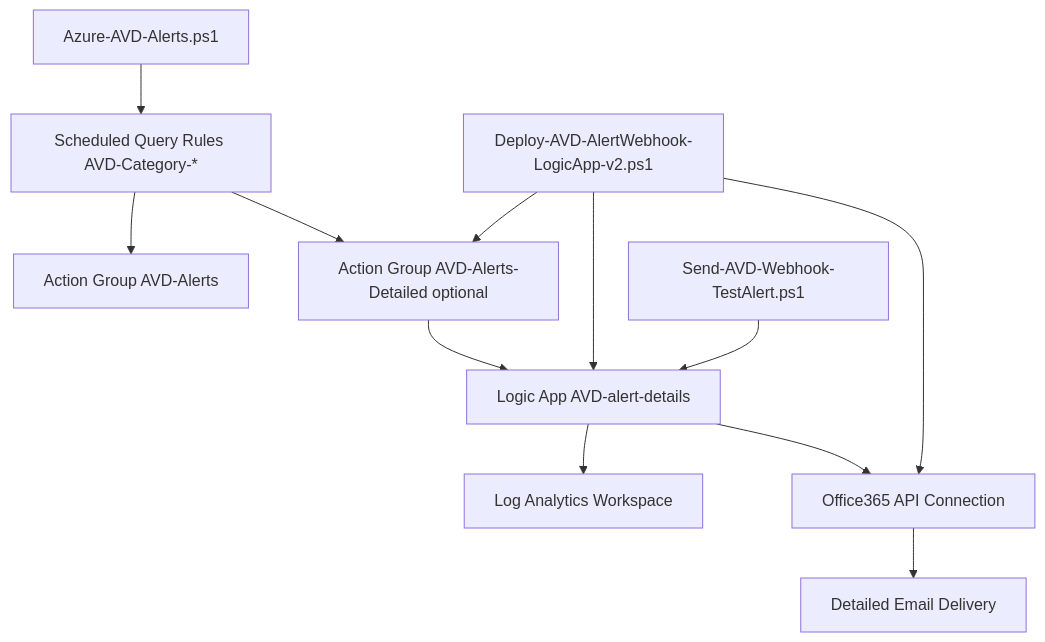
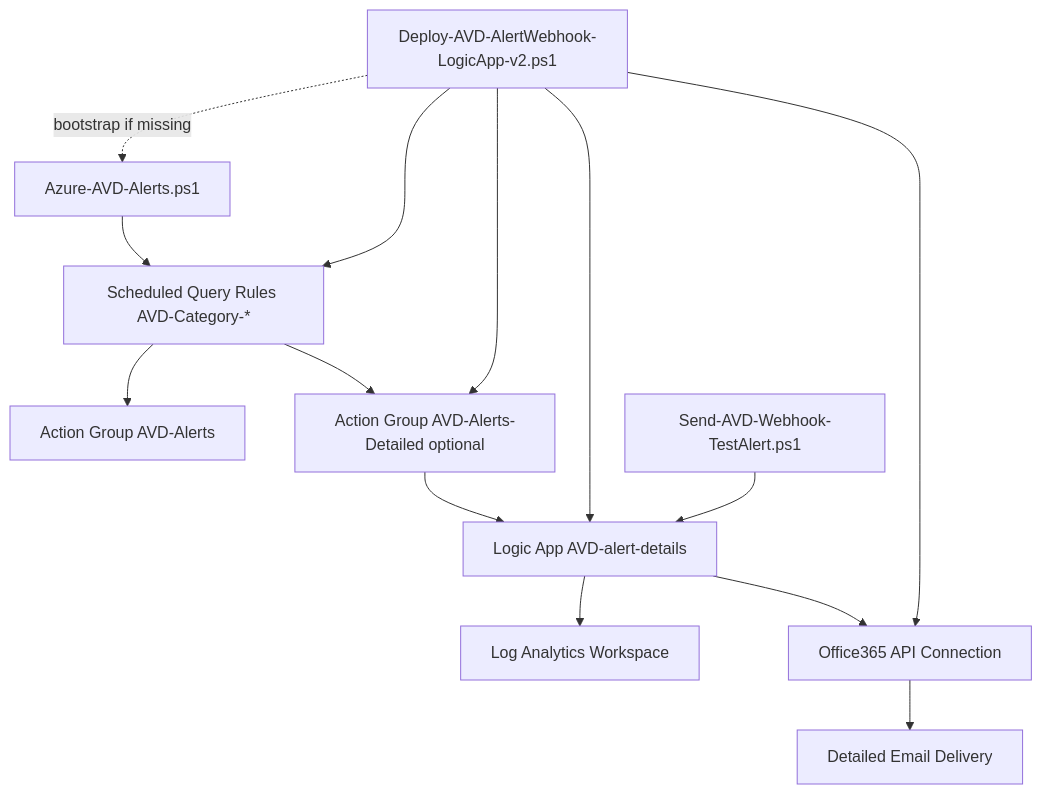
The first of 2 diagrams in AVD-Alerts/README.md (AzaryaShaulov/AVD), drawn with Mermaid before and after one commit. The commit also changed other lines of this file and 4 other files, not shown here.

````diff
--- a/AVD-Alerts/README.md
+++ b/AVD-Alerts/README.md
@@ -32,17 +33,19 @@
 ```mermaid
 flowchart TD
     R[Azure-AVD-Alerts.ps1] --> SQ[Scheduled Query Rules AVD-Category-*]
     SQ --> AG1[Action Group AVD-Alerts]
     SQ --> AG2[Action Group AVD-Alerts-Detailed optional]
 
     AG2 --> LA[Logic App AVD-alert-details]
     LA --> LAW[Log Analytics Workspace]
     LA --> O365[Office365 API Connection]
     O365 --> M[Detailed Email Delivery]
 
     D[Deploy-AVD-AlertWebhook-LogicApp-v2.ps1] --> LA
     D --> AG2
     D --> O365
+    D -.bootstrap if missing.-> R
+    D --> SQ
 
     T[Send-AVD-Webhook-TestAlert.ps1] --> LA
 ```
````
